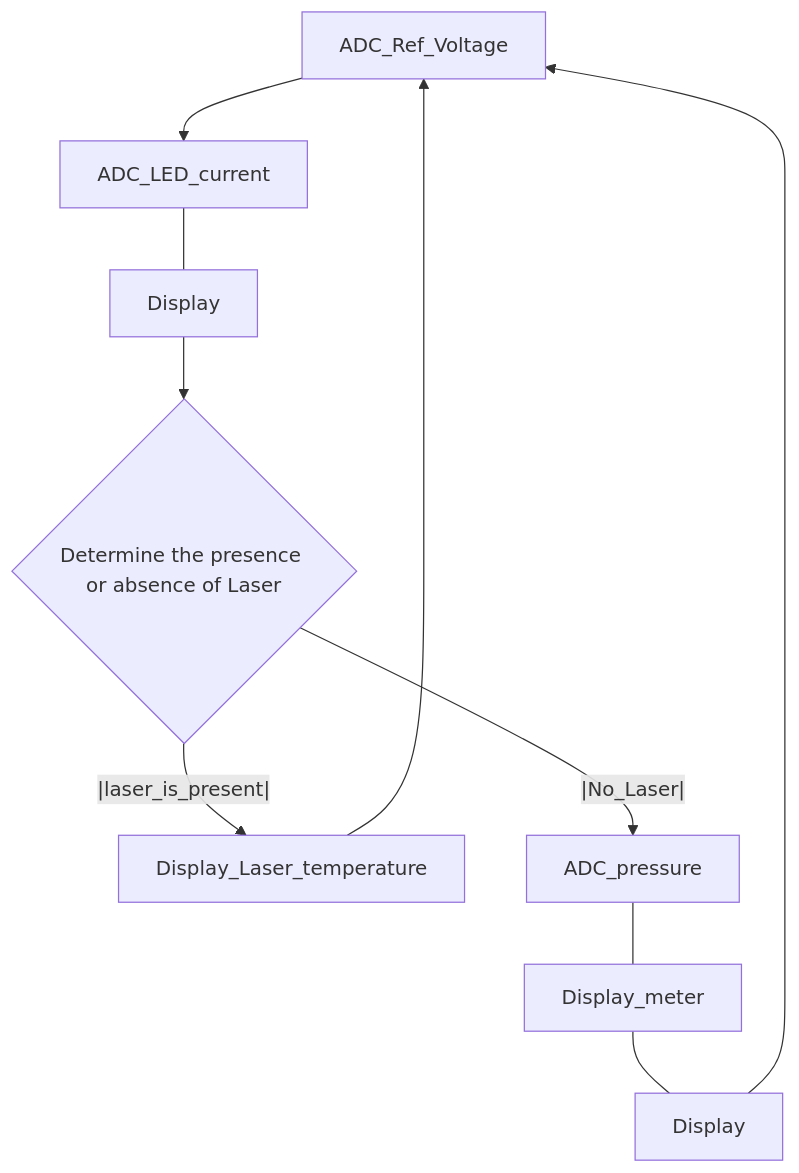
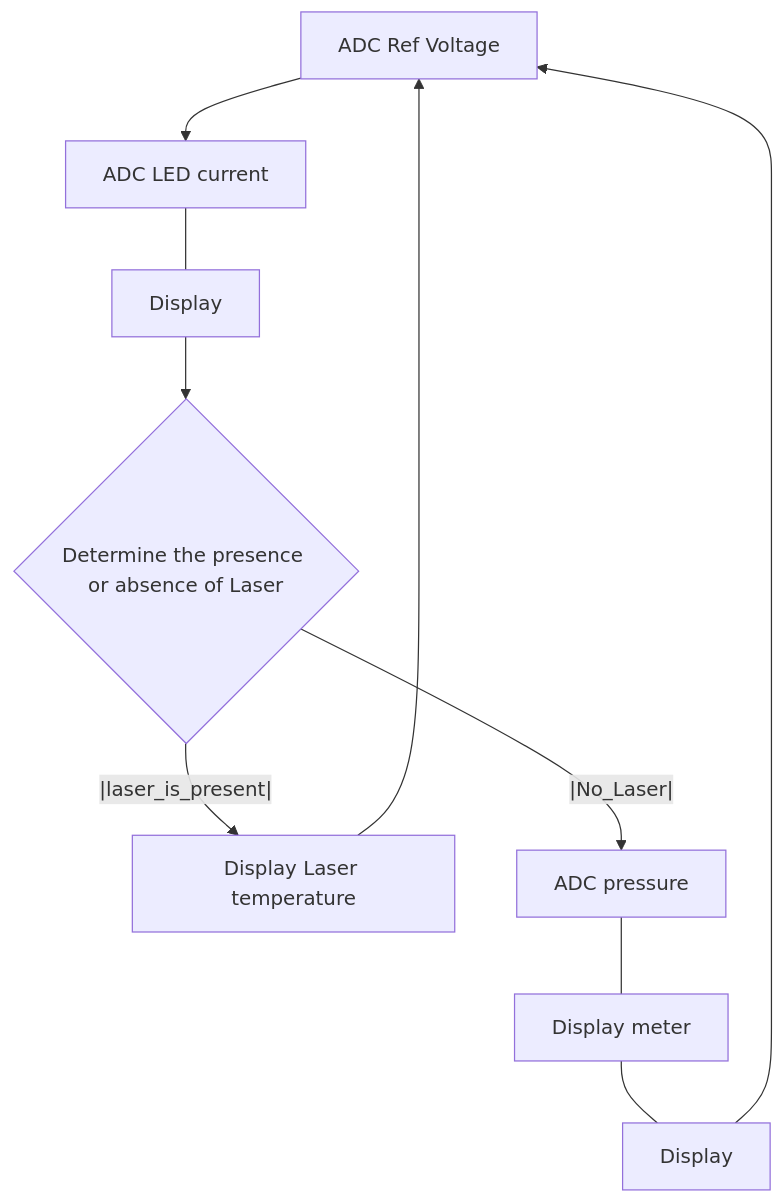
Before and after one commit to agysft/CPnP_Z: the diagram in README.md, drawn with Mermaid.

````diff
--- a/README.md
+++ b/README.md
@@ -5,12 +5,12 @@
 ```mermaid
 graph TD;
-    A[ADC_Ref_Voltage]-->B[ADC_LED_current];
+    A[ADC Ref Voltage]-->B[ADC LED current];
     B---H[Display];
     H-->C{Determine the presence or absence of Laser};
-    C--|laser_is_present|-->D[Display_Laser_temperature];
+    C--|laser_is_present|-->D[Display Laser temperature];
     D-->A;
-    C--|No_Laser|-->E[ADC_pressure];
-    E---F[Display_meter];
+    C--|No_Laser|-->E[ADC pressure];
+    E---F[Display meter];
     F---G[Display];
     G-->A;
 ```
````
